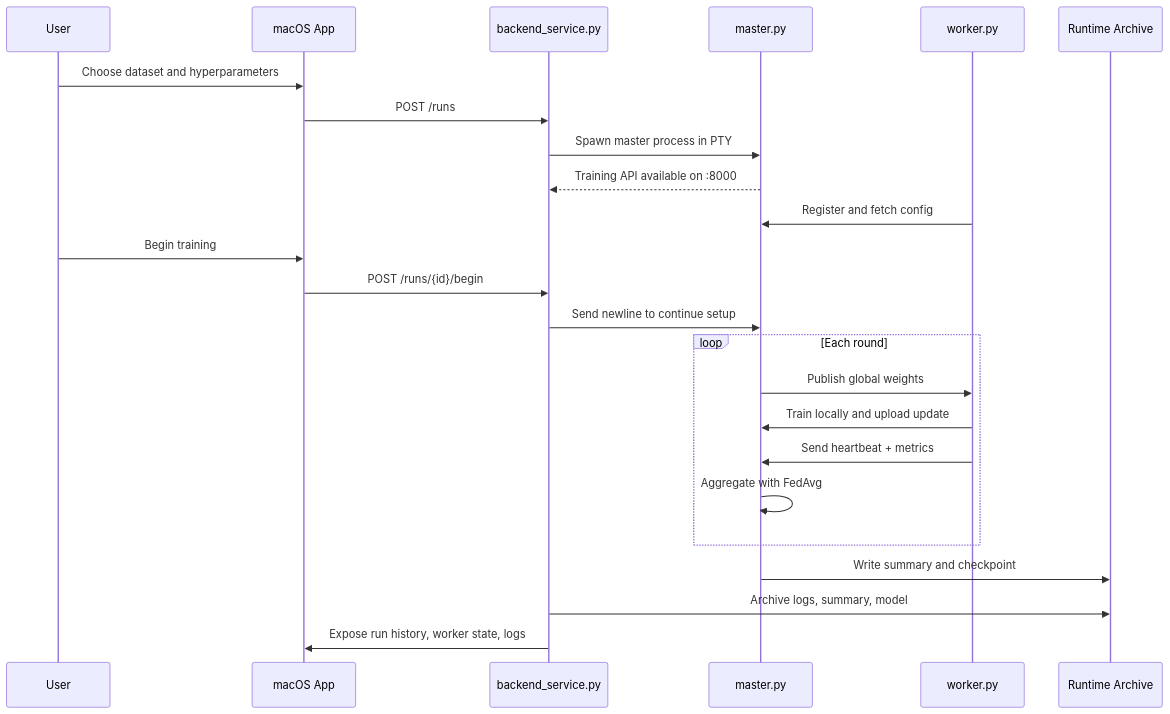
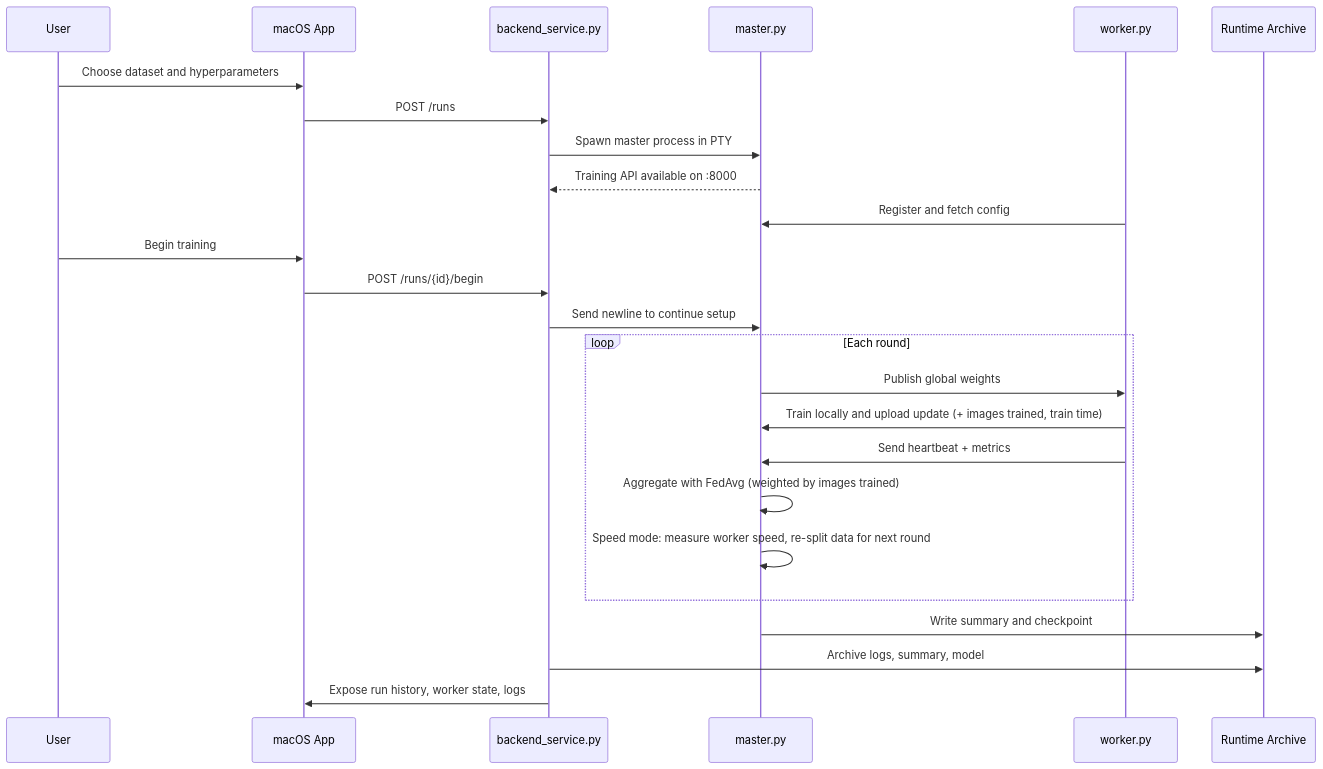
Before and after one commit to twoSquaredHoon/SharedComputing: the second of 2 diagrams in README.md, drawn with Mermaid. The commit also changed other lines of this file and 5 other files, not shown here.

````diff
--- a/README.md
+++ b/README.md
@@ -79,30 +79,31 @@
 ```mermaid
 sequenceDiagram
     participant U as User
     participant A as macOS App
     participant C as backend_service.py
     participant M as master.py
     participant W as worker.py
     participant R as Runtime Archive
 
     U->>A: Choose dataset and hyperparameters
     A->>C: POST /runs
     C->>M: Spawn master process in PTY
     M-->>C: Training API available on :8000
 
     W->>M: Register and fetch config
     U->>A: Begin training
     A->>C: POST /runs/{id}/begin
     C->>M: Send newline to continue setup
 
     loop Each round
         M->>W: Publish global weights
-        W->>M: Train locally and upload update
+        W->>M: Train locally and upload update (+ images trained, train time)
         W->>M: Send heartbeat + metrics
-        M->>M: Aggregate with FedAvg
+        M->>M: Aggregate with FedAvg (weighted by images trained)
+        M->>M: Speed mode: measure worker speed, re-split data for next round
     end
 
     M->>R: Write summary and checkpoint
     C->>R: Archive logs, summary, model
     C->>A: Expose run history, worker state, logs
 ```
````
